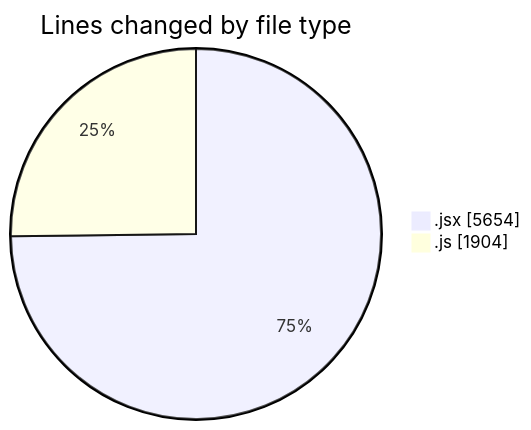
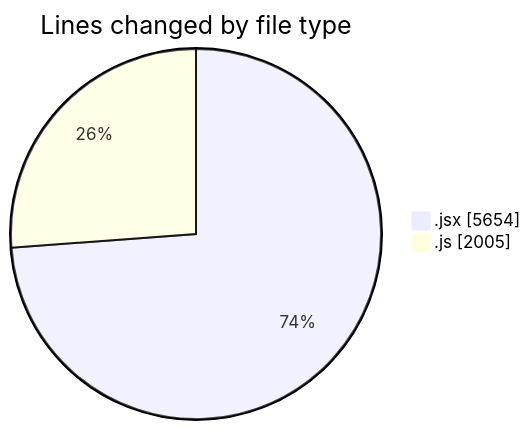
The first of 2 diagrams in 2025-12-24/nxtqube_webapp/README.md (nxtqubesakshisongat/code-tracking), drawn with Mermaid before and after one commit. The commit also changed other lines of this file and 1 other file, not shown here.

````diff
--- a/2025-12-24/nxtqube_webapp/README.md
+++ b/2025-12-24/nxtqube_webapp/README.md
@@ -24,6 +24,6 @@
 ```mermaid
 pie showData
 title Lines changed by file type
 ".jsx" : 5654
-".js" : 1904
+".js" : 2005
 ```
````
